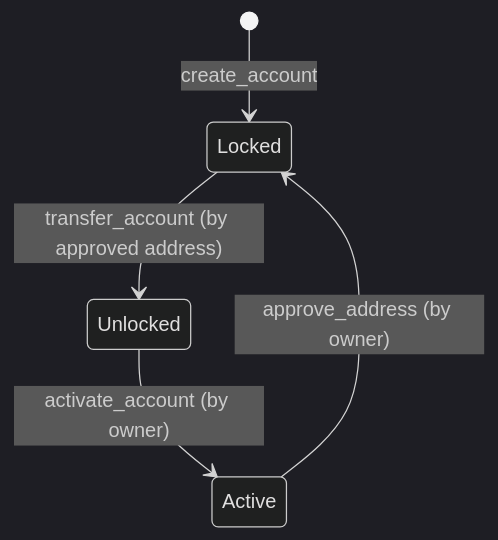
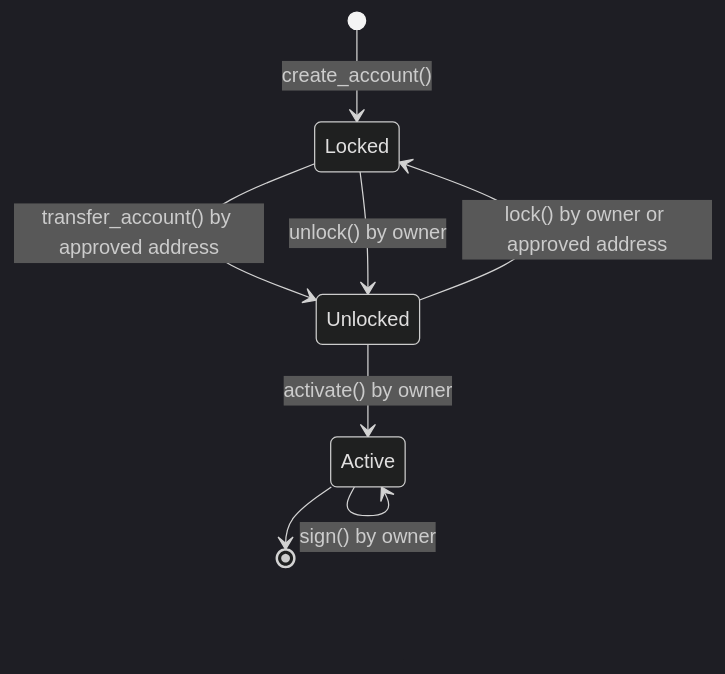
One commit to mycel-labs/atp changed the diagram in docs/architecture.md. Above: the diagram before and after it, drawn with Mermaid (dark theme). The commit also changed other lines of this file, not shown here.

Commit message:
fix: state transition

````diff
--- a/docs/architecture.md
+++ b/docs/architecture.md
@@ -53,7 +53,10 @@
 ```mermaid
 stateDiagram-v2
-    [*] --> Locked: create_account
-    Locked --> Unlocked: transfer_account (by approved address)
-    Unlocked --> Active: activate_account (by owner)
-    Active --> Locked: approve_address (by owner)
+    [*] --> Locked: create_account()
+    Locked --> Unlocked: transfer_account() by approved address
+    Locked --> Unlocked: unlock() by owner
+    Unlocked --> Locked: lock() by owner or approved address
+    Unlocked --> Active: activate() by owner
+    Active --> Active: sign() by owner
+    Active --> [*]
 ```
````
